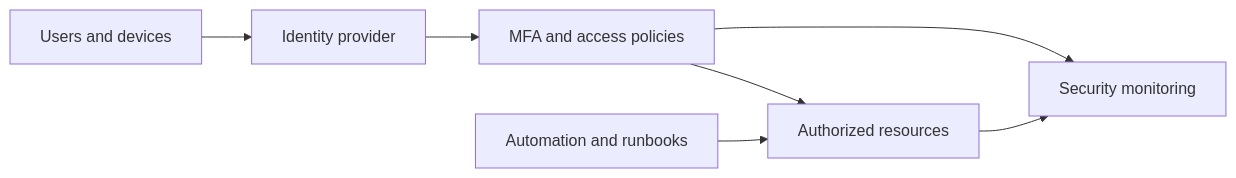
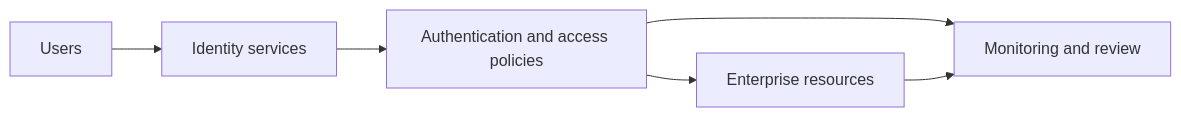
Before and after one commit to kumar3golu/kumar3golu: the diagram in README.md, drawn with Mermaid. The commit also changed other lines of this file, not shown here.

````diff
--- a/README.md
+++ b/README.md
@@ -22,9 +24,8 @@
 ```mermaid
 flowchart LR
- U[Users and devices] --> I[Identity provider]
- I --> P[MFA and access policies]
- P --> R[Authorized resources]
- P --> L[Security monitoring]
- R --> L
- A[Automation and runbooks] --> R
+ U[Users] --> I[Identity services]
+ I --> P[Authentication and access policies]
+ P --> R[Enterprise resources]
+ P --> M[Monitoring and review]
+ R --> M
 ```
````
